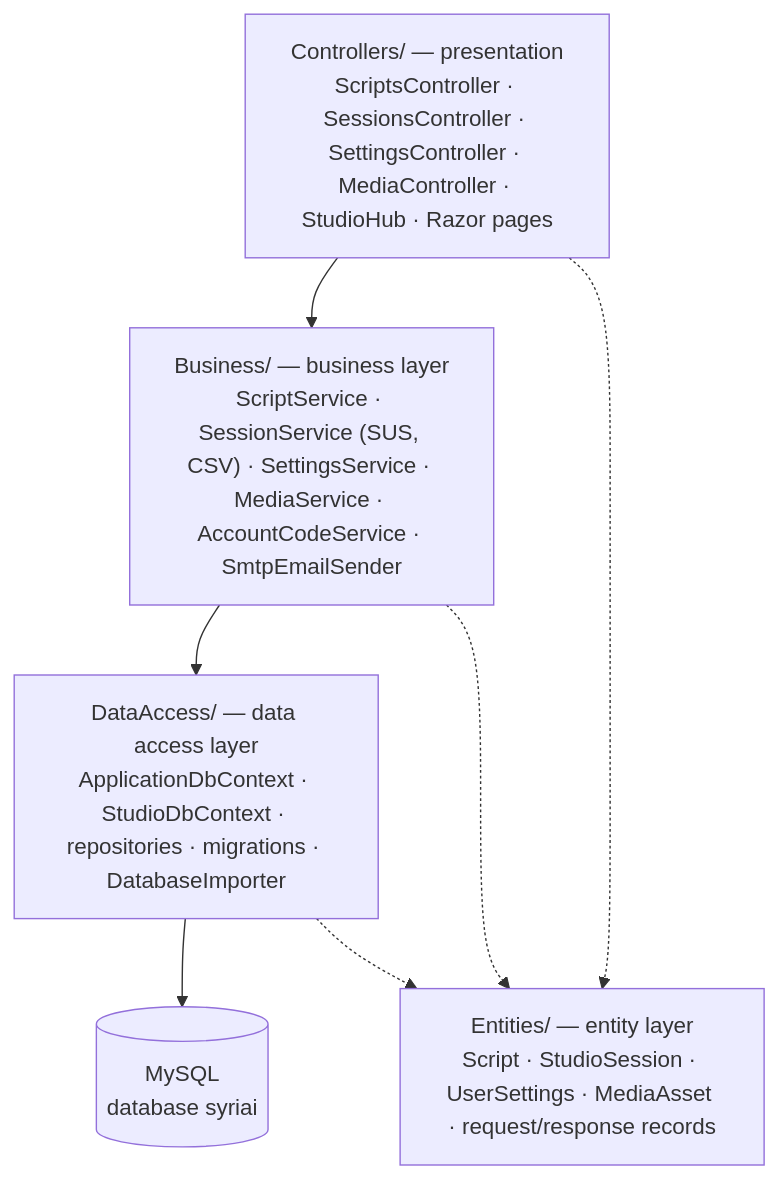
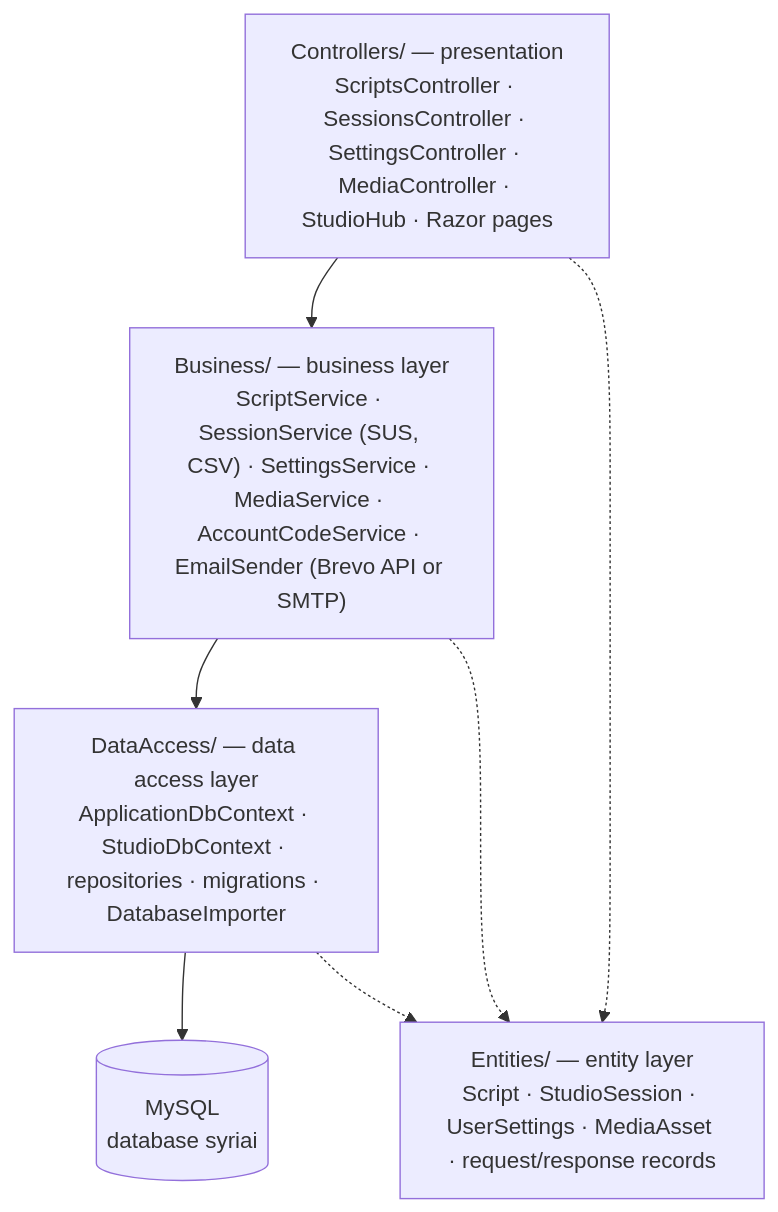
The second of 3 diagrams in docs/ARCHITECTURE.md (AlbineKqikuu/SyriAI), drawn with Mermaid before and after one commit. The commit also changed 20 other files, not shown here.

First line of the commit message:
Instant sign-up: code e-mail sent in the background; Brevo over HTTPS; name field

````diff
--- a/docs/ARCHITECTURE.md
+++ b/docs/ARCHITECTURE.md
@@ -142,12 +142,12 @@
 ```mermaid
 flowchart TD
     C["Controllers/ — presentation<br/>ScriptsController · SessionsController · SettingsController · MediaController · StudioHub · Razor pages"]
-    B["Business/ — business layer<br/>ScriptService · SessionService (SUS, CSV) · SettingsService · MediaService · AccountCodeService · SmtpEmailSender"]
+    B["Business/ — business layer<br/>ScriptService · SessionService (SUS, CSV) · SettingsService · MediaService · AccountCodeService · EmailSender (Brevo API or SMTP)"]
     D["DataAccess/ — data access layer<br/>ApplicationDbContext · StudioDbContext · repositories · migrations · DatabaseImporter"]
     E["Entities/ — entity layer<br/>Script · StudioSession · UserSettings · MediaAsset · request/response records"]
     DB[("MySQL<br/>database syriai")]
     C --> B --> D --> DB
     C -.-> E
     B -.-> E
     D -.-> E
 ```
````
